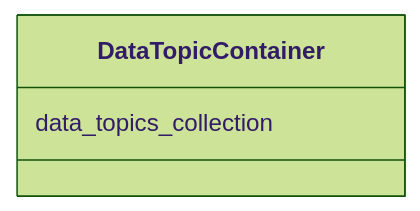
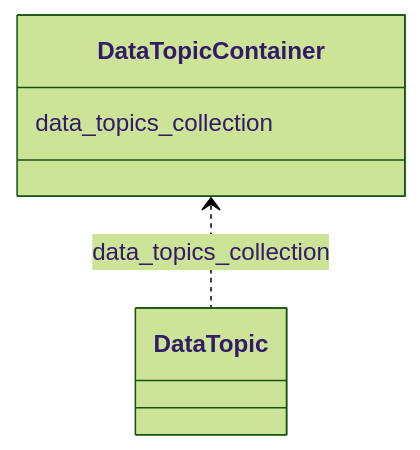
Before and after one commit to bridge2ai/standards-schemas: the diagram in docs/DataTopicContainer.md, drawn with Mermaid (forest theme). The commit also changed other lines of this file and 116 other files, not shown here.

````diff
--- a/docs/DataTopicContainer.md
+++ b/docs/DataTopicContainer.md
@@ -11,6 +11,7 @@
 ```mermaid
  classDiagram
     class DataTopicContainer
       DataTopicContainer : data_topics_collection
+        DataTopicContainer <.. DataTopic : data_topics_collection
       
 ```
````
